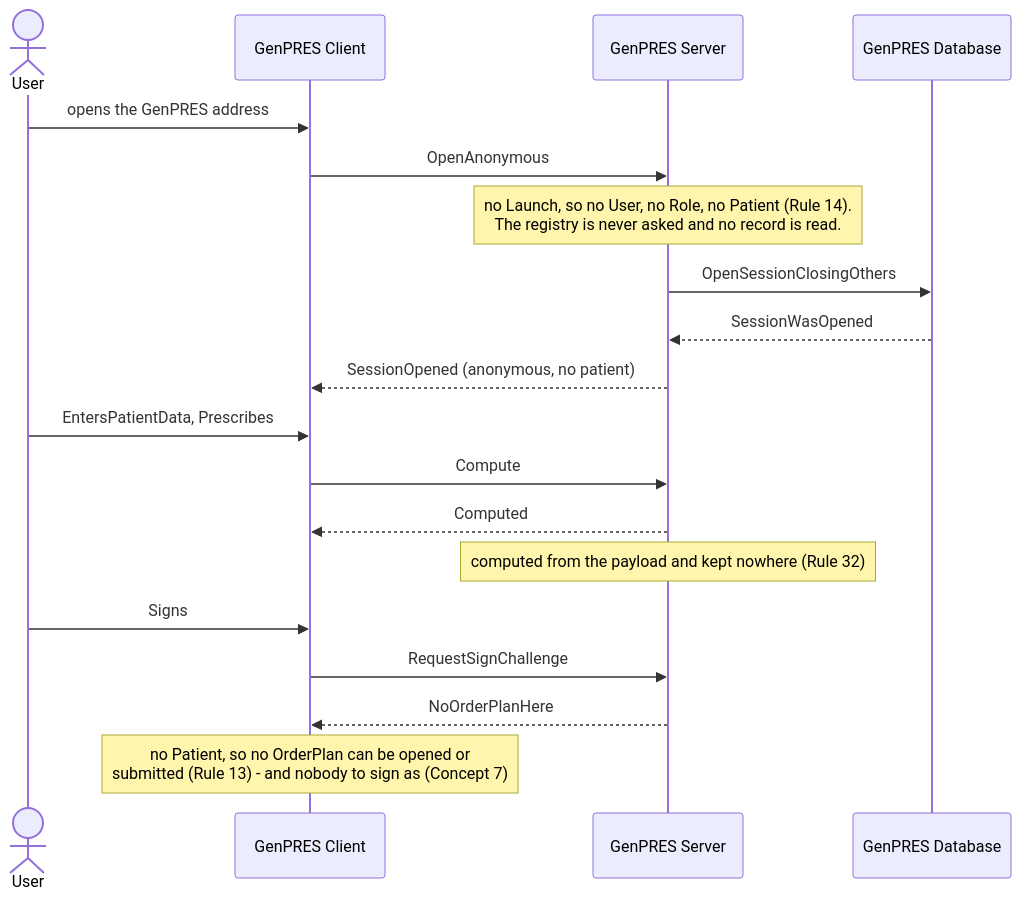
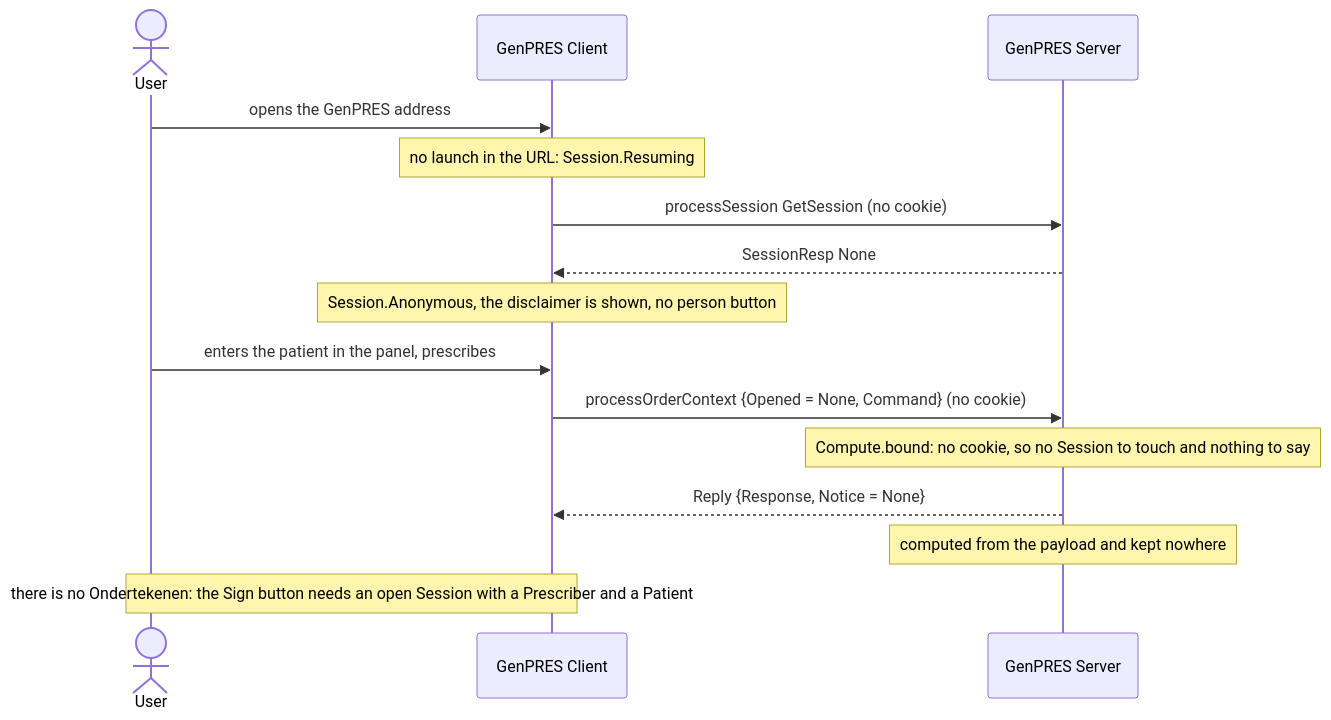
One commit to informedica/GenPRES changed the diagram in docs/scenarios/integration/uc-07-direct-open.md. Above: the diagram before and after it, drawn with Mermaid. The commit also changed other lines of this file and 13 other files, not shown here.

````diff
--- a/docs/scenarios/integration/uc-07-direct-open.md
+++ b/docs/scenarios/integration/uc-07-direct-open.md
@@ -9,24 +9,20 @@
 ```mermaid
 sequenceDiagram
     actor U as User
     participant C as GenPRES Client
     participant S as GenPRES Server
-    participant D as GenPRES Database
 
     U->>C: opens the GenPRES address
-    C->>S: OpenAnonymous
-    Note over S: no Launch, so no User, no Role, no Patient (Rule 14).<br/>The registry is never asked and no record is read.
-    S->>D: OpenSessionClosingOthers
-    D-->>S: SessionWasOpened
-    S-->>C: SessionOpened (anonymous, no patient)
+    Note over C: no launch in the URL: Session.Resuming
+    C->>S: processSession GetSession (no cookie)
+    S-->>C: SessionResp None
+    Note over C: Session.Anonymous, the disclaimer is shown, no person button
 
-    U->>C: EntersPatientData, Prescribes
-    C->>S: Compute
-    S-->>C: Computed
-    Note over S: computed from the payload and kept nowhere (Rule 32)
+    U->>C: enters the patient in the panel, prescribes
+    C->>S: processOrderContext {Opened = None, Command} (no cookie)
+    Note over S: Compute.bound: no cookie, so no Session to touch and nothing to say
+    S-->>C: Reply {Response, Notice = None}
+    Note over S: computed from the payload and kept nowhere
 
-    U->>C: Signs
-    C->>S: RequestSignChallenge
-    S-->>C: NoOrderPlanHere
-    Note over C: no Patient, so no OrderPlan can be opened or<br/>submitted (Rule 13) - and nobody to sign as (Concept 7)
+    Note over U,C: there is no Ondertekenen: the Sign button needs an open Session with a Prescriber and a Patient
 ```
````
